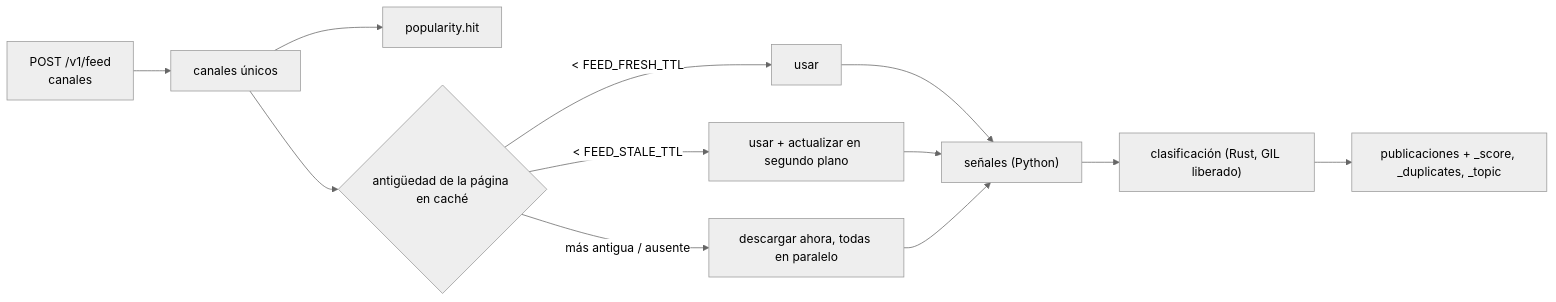
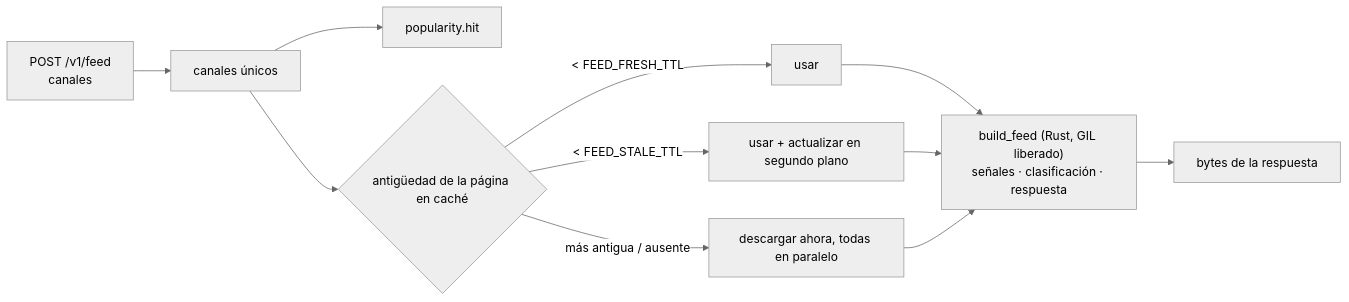
Before and after one commit to koval01/telegram-me: the diagram in docs/es/internals/feed.md, drawn with Mermaid (neutral theme). The commit also changed other lines of this file and 13 other files, not shown here.

First line of the commit message:
Document the Rust roadmap and the native feed

````diff
--- a/docs/es/internals/feed.md
+++ b/docs/es/internals/feed.md
@@ -5,12 +5,11 @@
 ```mermaid
 flowchart LR
     Q["POST /v1/feed<br/>canales"] --> U[canales únicos]
     U --> H[popularity.hit]
     U --> P{antigüedad de la página en caché}
     P -- "< FEED_FRESH_TTL" --> USE[usar]
     P -- "< FEED_STALE_TTL" --> USE2[usar + actualizar en segundo plano]
     P -- "más antigua / ausente" --> FETCH[descargar ahora, todas en paralelo]
-    USE & USE2 & FETCH --> SIG["señales (Python)"]
-    SIG --> RANK["clasificación (Rust, GIL liberado)"]
-    RANK --> OUT[publicaciones + _score, _duplicates, _topic]
+    USE & USE2 & FETCH --> B["build_feed (Rust, GIL liberado)<br/>señales · clasificación · respuesta"]
+    B --> OUT[bytes de la respuesta]
 ```
````
